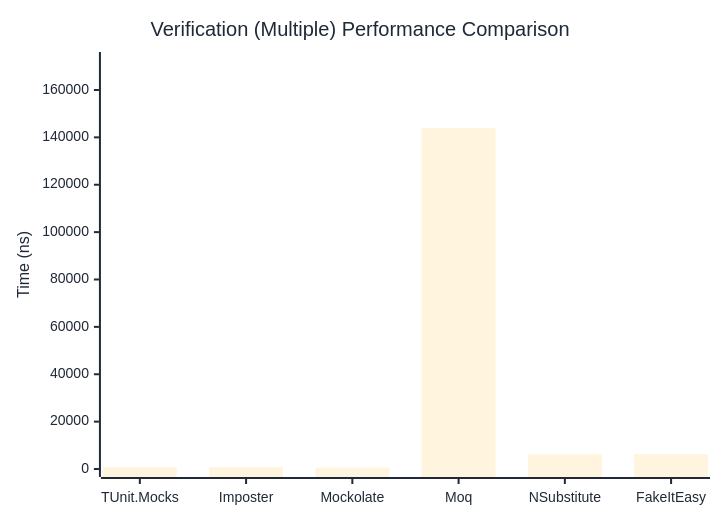
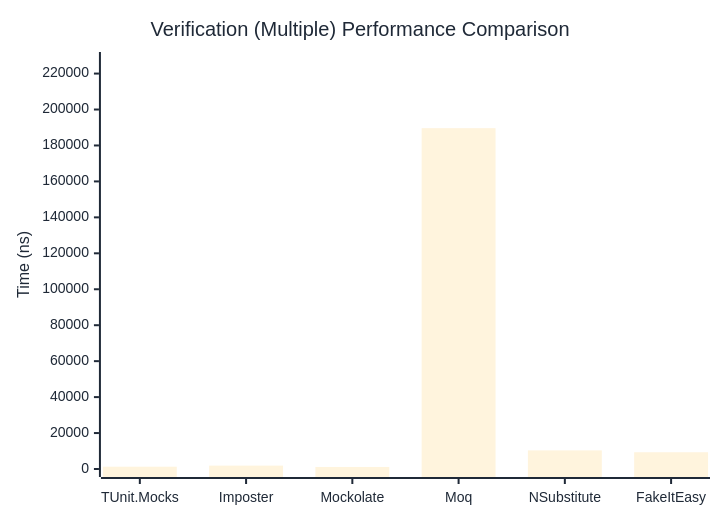
One commit to thomhurst/TUnit changed the third of 3 diagrams in docs/docs/benchmarks/mocks/Verification.md. Above: the diagram before and after it, drawn with Mermaid. The commit also changed other lines of this file and 14 other files, not shown here.

````diff
--- a/docs/docs/benchmarks/mocks/Verification.md
+++ b/docs/docs/benchmarks/mocks/Verification.md
@@ -112,27 +112,27 @@
 ```mermaid
 %%{init: {
   'theme':'base',
   'themeVariables': {
     'primaryColor': '#2563eb',
     'primaryTextColor': '#1f2937',
     'primaryBorderColor': '#1e40af',
     'lineColor': '#6b7280',
     'secondaryColor': '#7c3aed',
     'tertiaryColor': '#dc2626',
     'background': '#ffffff',
     'pie1': '#2563eb',
     'pie2': '#7c3aed',
     'pie3': '#dc2626',
     'pie4': '#f59e0b',
     'pie5': '#10b981',
     'pie6': '#06b6d4',
     'pie7': '#ec4899',
     'pie8': '#6366f1'
   }
 }}%%
 xychart-beta
   title "Verification (Multiple) Performance Comparison"
   x-axis ["TUnit.Mocks", "Imposter", "Mockolate", "Moq", "NSubstitute", "FakeItEasy"]
-  y-axis "Time (ns)" 0 --> 172656
-  bar [754.96, 845.72, 581.5, 143879.25, 6179.63, 6329.99]
+  y-axis "Time (ns)" 0 --> 227551
+  bar [1281.85, 1875.15, 1141.21, 189625.48, 10352.21, 9325.13]
 ```
````
